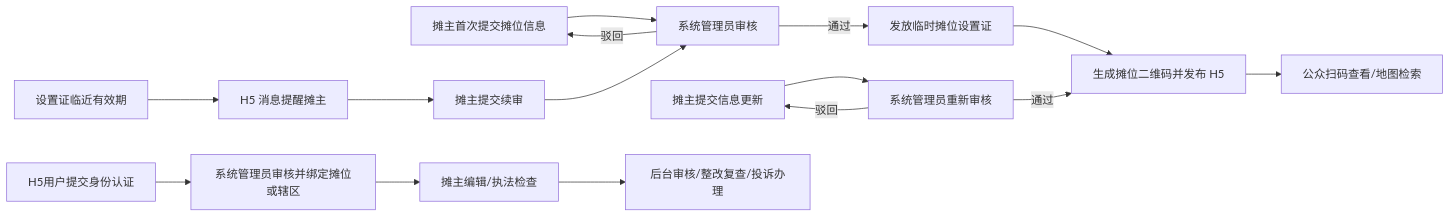
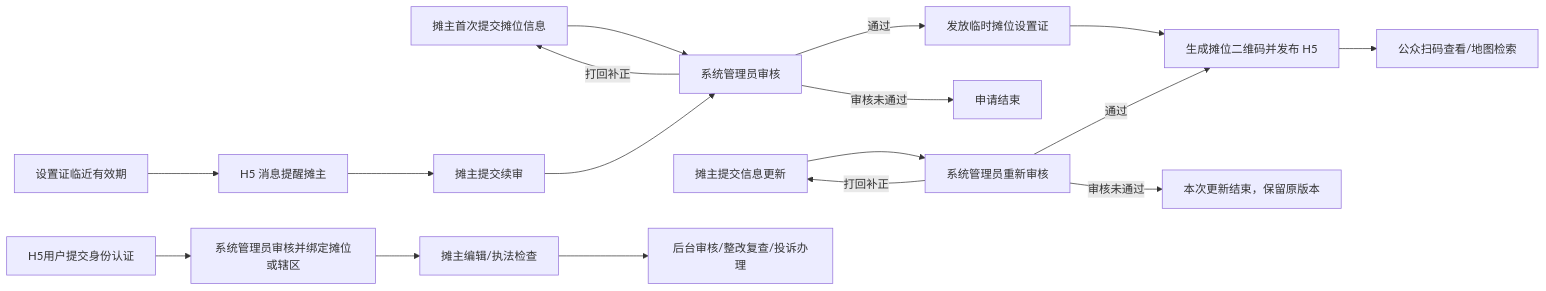
Before and after one commit to tangxiaochen755-droid/emattong-prototype: the diagram in pc-admin-requirements-v2.md, drawn with Mermaid. The commit also changed other lines of this file and 4 other files, not shown here.

````diff
--- a/pc-admin-requirements-v2.md
+++ b/pc-admin-requirements-v2.md
@@ -43,17 +43,19 @@
 ```mermaid
 flowchart LR
     A[摊主首次提交摊位信息] --> B[系统管理员审核]
     B -->|通过| C[发放临时摊位设置证]
     C --> D[生成摊位二维码并发布 H5]
     D --> E1[公众扫码查看/地图检索]
-    B -->|驳回| A
+    B -->|审核未通过| O[申请结束]
+    B -->|打回补正| A
     J[摊主提交信息更新] --> K[系统管理员重新审核]
     K -->|通过| D
-    K -->|驳回| J
+    K -->|审核未通过| P[本次更新结束，保留原版本]
+    K -->|打回补正| J
     L[设置证临近有效期] --> M[H5 消息提醒摊主]
     M --> N[摊主提交续审]
     N --> B
     E[H5用户提交身份认证] --> F[系统管理员审核并绑定摊位或辖区]
     F --> G[摊主编辑/执法检查]
     G --> H[后台审核/整改复查/投诉办理]
 ```
````
